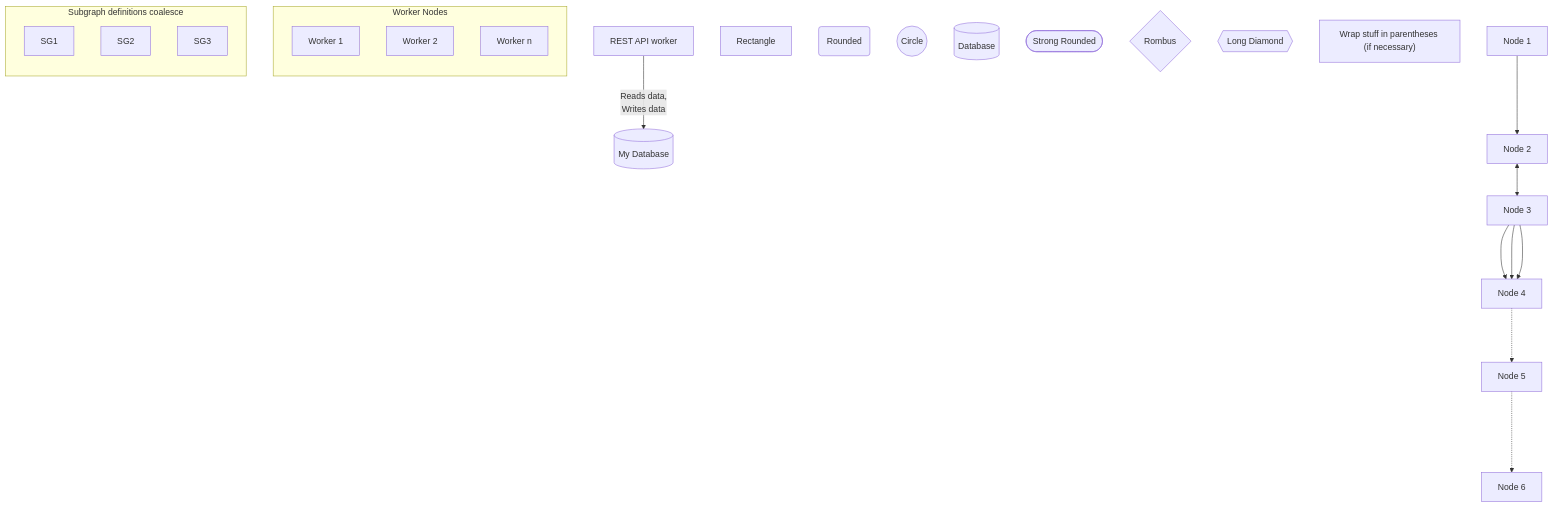
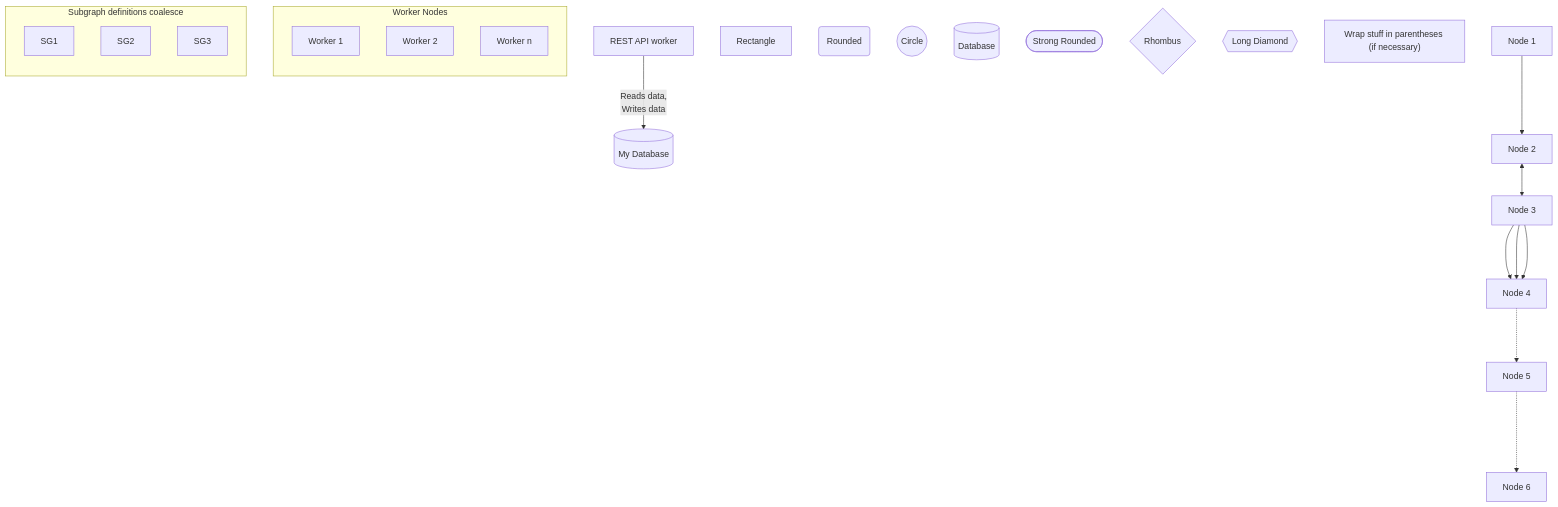
One commit to langenhagen/protofiles changed the first of 2 diagrams in mermaid_proto.md. Above: the diagram before and after it, drawn with Mermaid. The commit also changed 26 other files, not shown here.

````diff
--- a/mermaid_proto.md
+++ b/mermaid_proto.md
@@ -6,57 +6,57 @@
 ```mermaid
 %% Ima comment
 
 %% top-down
 graph TB
 %% TB - top bottom
 %% BT - bottom top
 %% RL - right left
 %% LR - left right
 %% TD - same as TB
 
 API[REST API worker]
 DB[(My Database)]
 API -->|Reads data,\nWrites data| DB
 
 A1[Rectangle]
 A2(Rounded)
 A3((Circle))
 A4[(Database)]
 A5([Strong Rounded])
-A6{Rombus}
+A6{Rhombus}
 A7{{Long Diamond}}
 
 B1["Wrap stuff in parentheses (if necessary)"]
 
 subgraph W[Worker Nodes]
     direction TB  %% apparently, TD does not work in directions
     W1[Worker 1]
     W2[Worker 2]
     Wn[Worker n]
 end
 
 N1[Node 1]:::This_is_a_description_dont_know_what_its_good_for
 N2[Node 2]
 N3[Node 3]
 N4[Node 4]
 N5[Node 5]
 N6[Node 6]
 
 N1 --> N2
 N2 <--> N3
 N3 ---> N4
 N3 ---> N4
 N3 ---> N4
 N4 -..-> N5
 N5 ...-> N6
 
 subgraph SG[Subgraph definitions coalesce]
     direction TB  %% apparently, TD does not work in directions
     SG1
     SG2
 end
 
 subgraph SG
     SG3
 end
 ```
````
